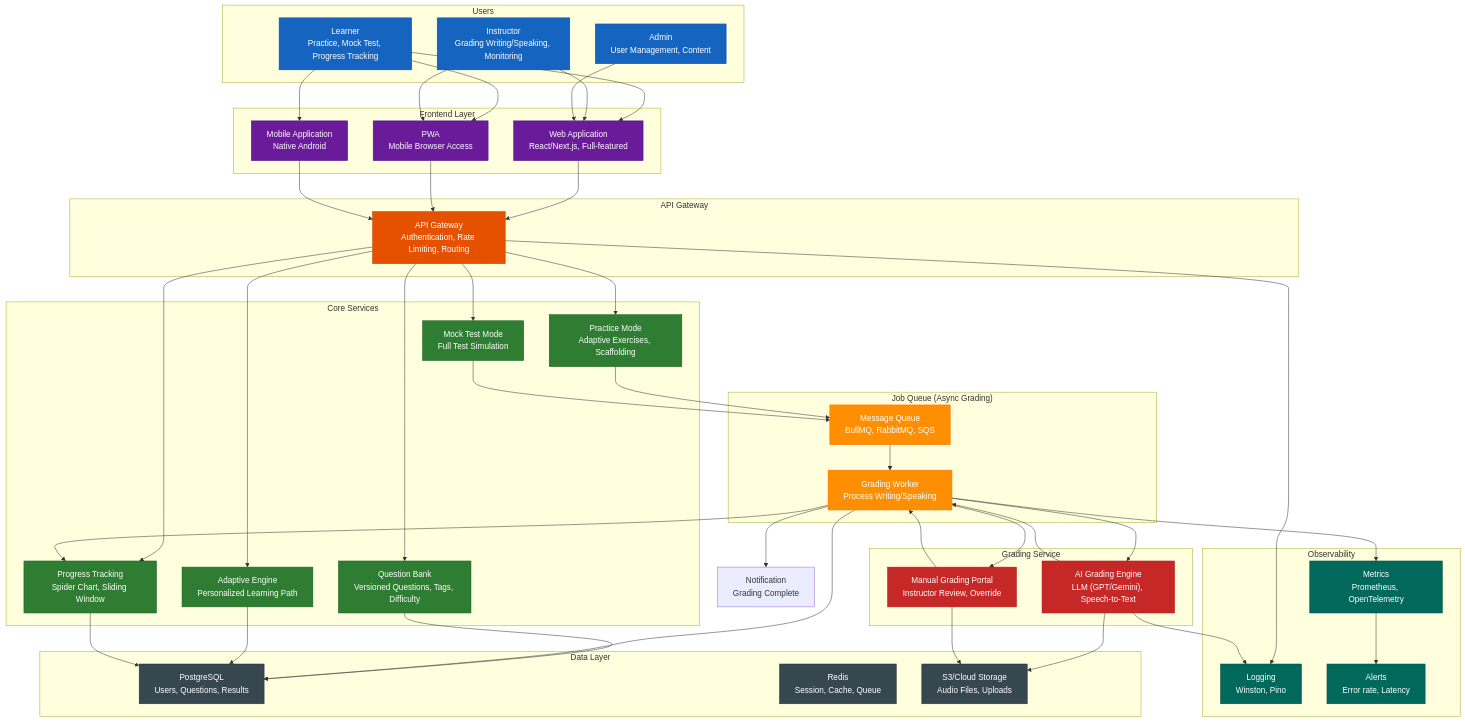
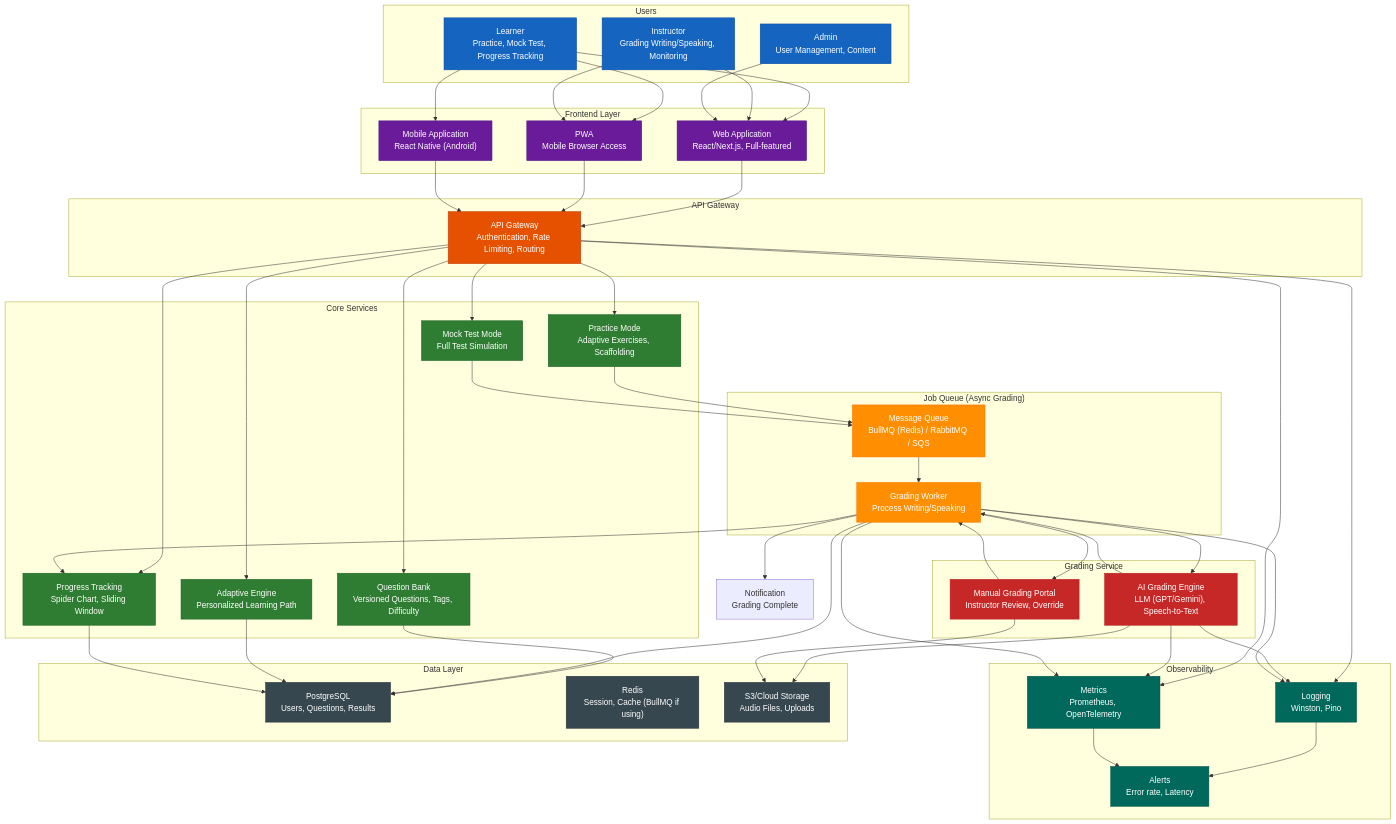
Before and after one commit to nghyane/VSTEP: the first of 7 diagrams in docs/capstone/diagrams/flow-diagrams.vi.md, drawn with Mermaid.

Commit message:
docs: fix System Architecture feedback issues
- Clarify Queue: BullMQ uses Redis, RabbitMQ/SQS are separate
- Redis: Session, Cache (BullMQ if using)
- Mobile: Native Android → React Native (Android)
- Observability: Add G/Worker → Logs, G/AI/Worker → Metrics, Logs → Alerts

````diff
--- a/docs/capstone/diagrams/flow-diagrams.vi.md
+++ b/docs/capstone/diagrams/flow-diagrams.vi.md
@@ -13,7 +13,7 @@
     subgraph Frontend ["Frontend Layer"]
         W["Web Application<br/>React/Next.js, Full-featured"]
         P["PWA<br/>Mobile Browser Access"]
-        M["Mobile Application<br/>Native Android"]
+        M["Mobile Application<br/>React Native (Android)"]
     end
 
     subgraph Gateway ["API Gateway"]
@@ -29,7 +29,7 @@
     end
 
     subgraph Queue ["Job Queue (Async Grading)"]
-        MQ["Message Queue<br/>BullMQ, RabbitMQ, SQS"]
+        MQ["Message Queue<br/>BullMQ (Redis) / RabbitMQ / SQS"]
         Worker["Grading Worker<br/>Process Writing/Speaking"]
     end
 
@@ -46,7 +46,7 @@
 
     subgraph Data ["Data Layer"]
         DB["PostgreSQL<br/>Users, Questions, Results"]
-        C["Redis<br/>Session, Cache, Queue"]
+        C["Redis<br/>Session, Cache (BullMQ if using)"]
         F["S3/Cloud Storage<br/>Audio Files, Uploads"]
     end
 
@@ -99,6 +99,10 @@
     HG --> F
     G --> Logs
     AI --> Logs
+    Worker --> Logs
+    G --> Metrics
+    AI --> Metrics
     Worker --> Metrics
+    Logs --> Alerts
     Metrics --> Alerts
 ```
````
